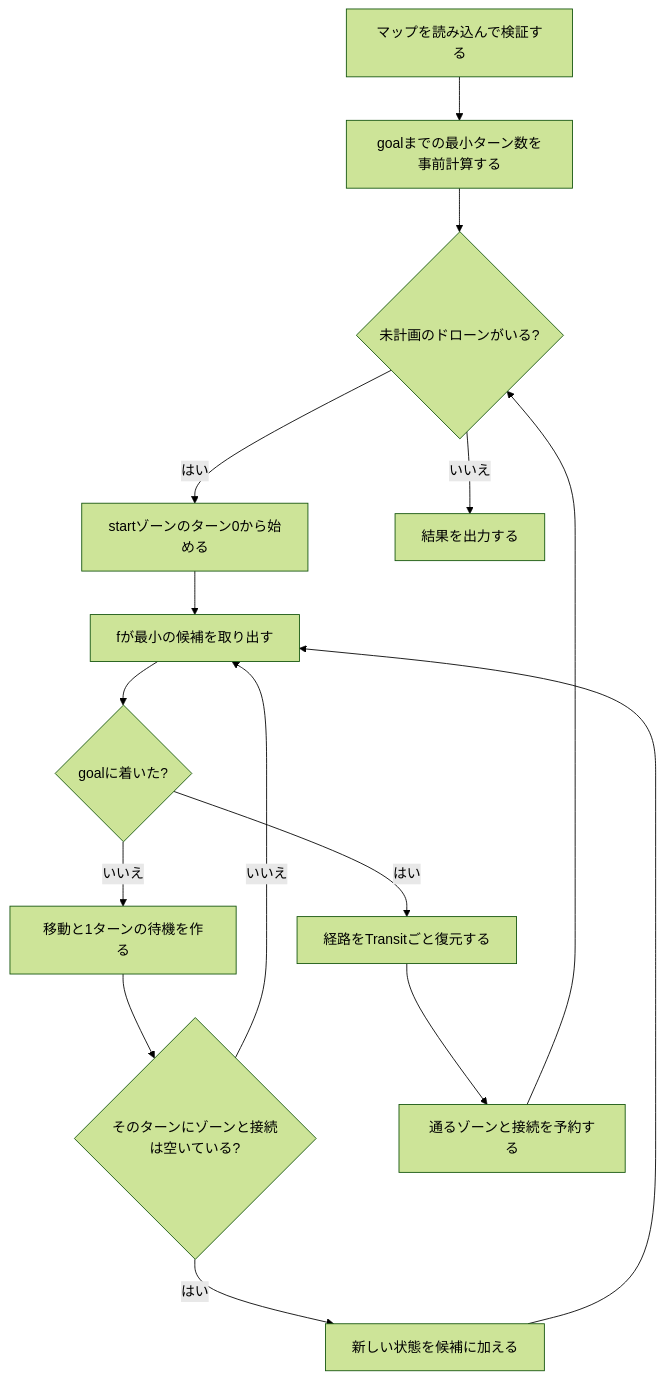
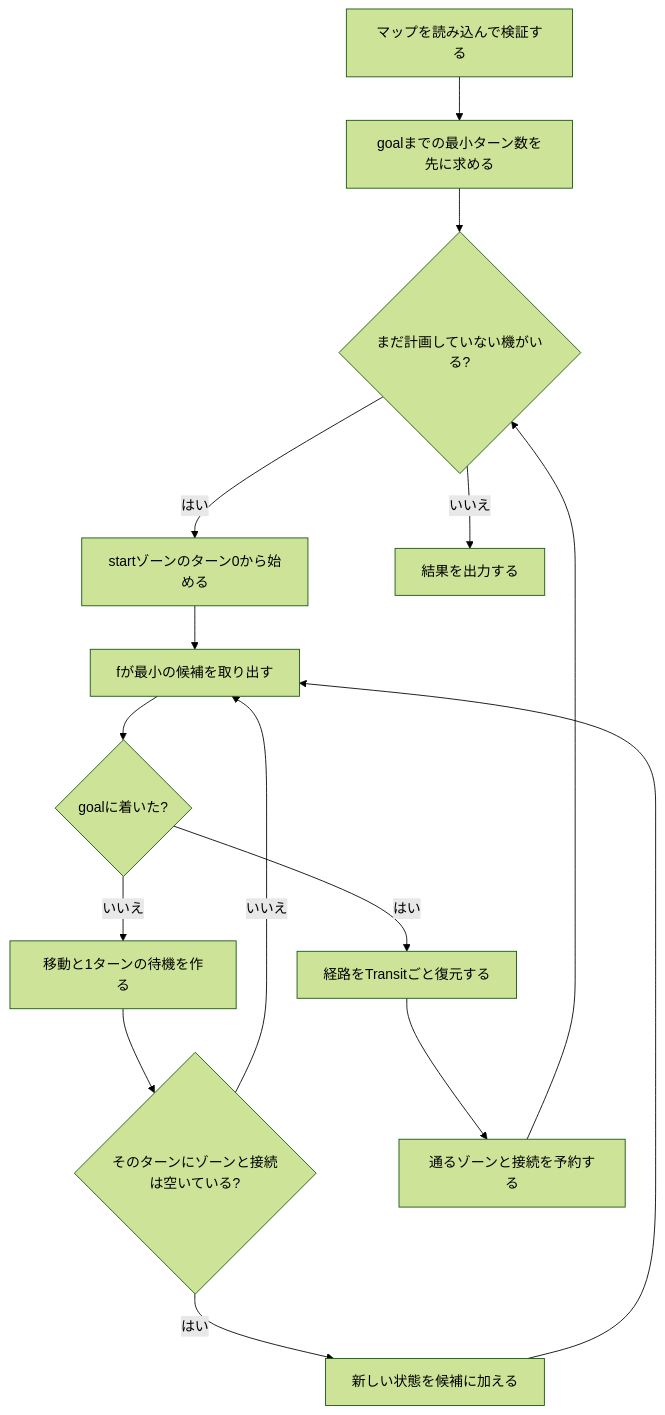
Before and after one commit to tsito2602/42cursus-fly_in: the second of 2 diagrams in README.md, drawn with Mermaid (forest theme). The commit also changed other lines of this file, not shown here.

```diff
--- a/README.md
+++ b/README.md
@@ -507,17 +505,17 @@
 ~~~mermaid
 flowchart TD
-    A["マップを読み込んで検証する"] --> B["goalまでの最小ターン数を事前計算する"]
-    B --> C{"未計画のドローンがいる?"}
+    A["マップを読み込んで検証する"] --> B["goalまでの最小ターン数を先に求める"]
+    B --> C{"まだ計画していない機がいる?"}
     C -- はい --> D["startゾーンのターン0から始める"]
     D --> E["fが最小の候補を取り出す"]
     E --> F{"goalに着いた?"}
     F -- いいえ --> G["移動と1ターンの待機を作る"]
     G --> H{"そのターンにゾーンと接続は空いている?"}
     H -- いいえ --> E
     H -- はい --> I["新しい状態を候補に加える"]
     I --> E
     F -- はい --> J["経路をTransitごと復元する"]
     J --> K["通るゾーンと接続を予約する"]
     K --> C
     C -- いいえ --> L["結果を出力する"]
 ~~~
```
